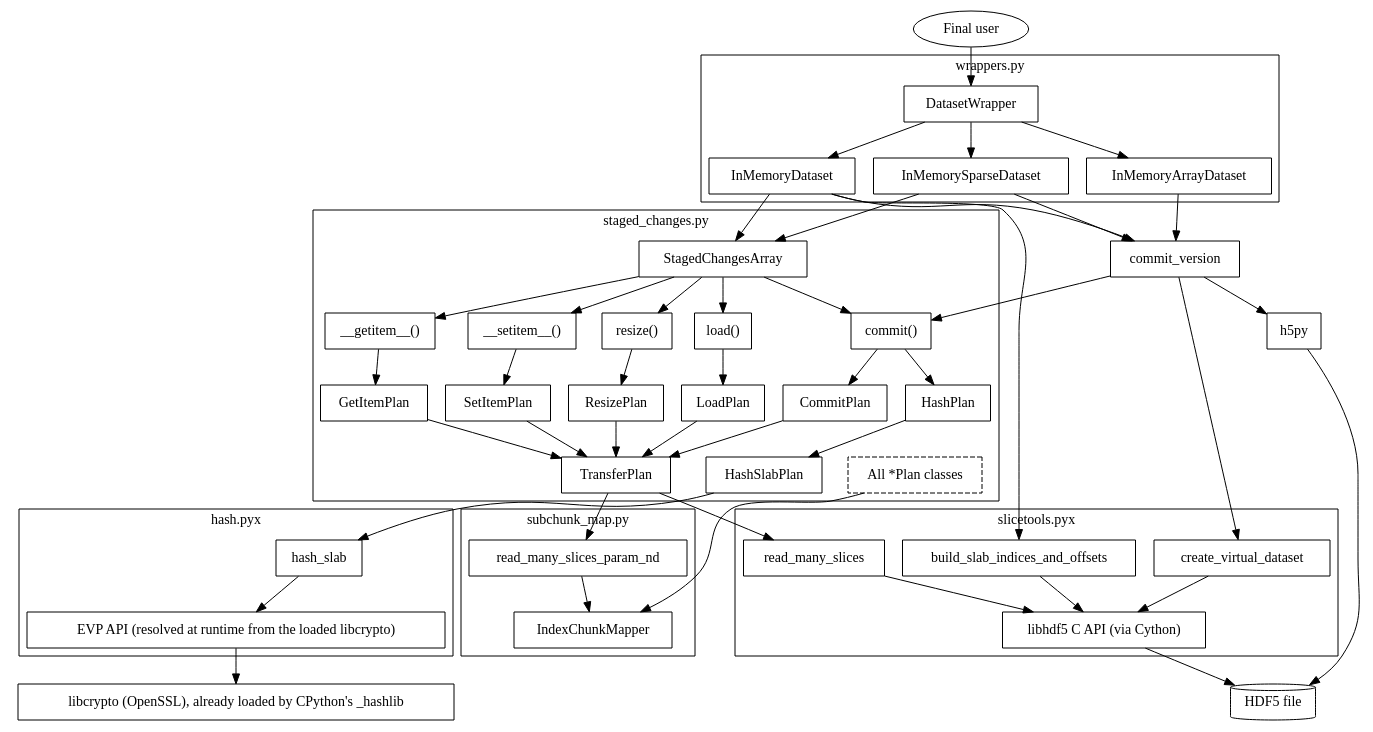
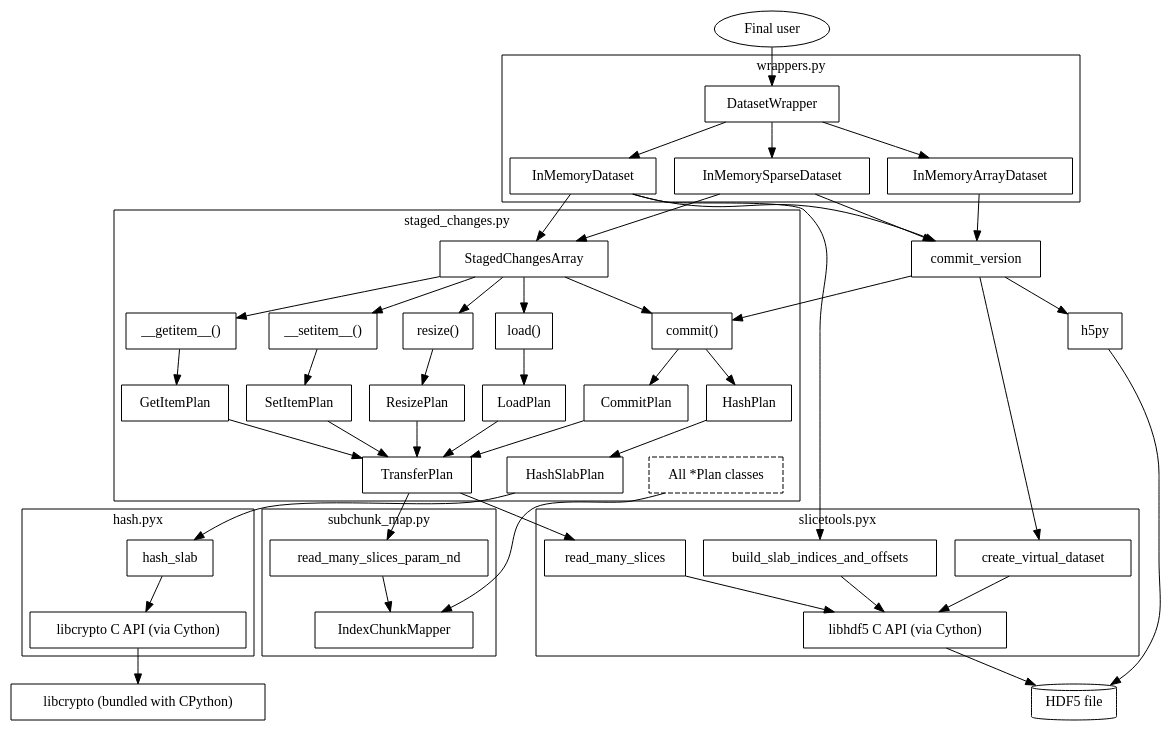
The diagram in docs/staged_changes.rst (deshaw/versioned-hdf5), drawn with Graphviz before and after one commit. The commit also changed other lines of this file and 10 other files, not shown here.

```diff
--- a/docs/staged_changes.rst
+++ b/docs/staged_changes.rst
@@ -562,10 +562,10 @@
       subgraph cluster_4 {
           label="hash.pyx";
           hash_slab;
-          libcrypto_api [label="EVP API (resolved at runtime from the loaded libcrypto)"]
+          libcrypto_api [label="libcrypto C API (via Cython)"]
       }
 
-      libcrypto [label="libcrypto (OpenSSL), already loaded by CPython's _hashlib"];
+      libcrypto [label="libcrypto (bundled with CPython)"];
       hash_slab -> libcrypto_api -> libcrypto;
 
       user -> DatasetWrapper;
```
